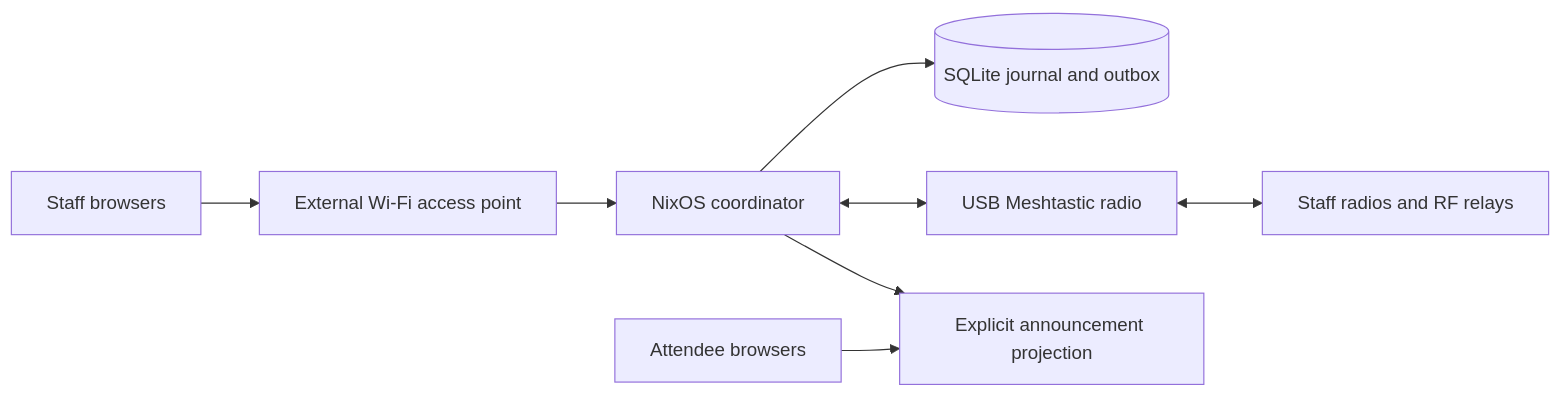
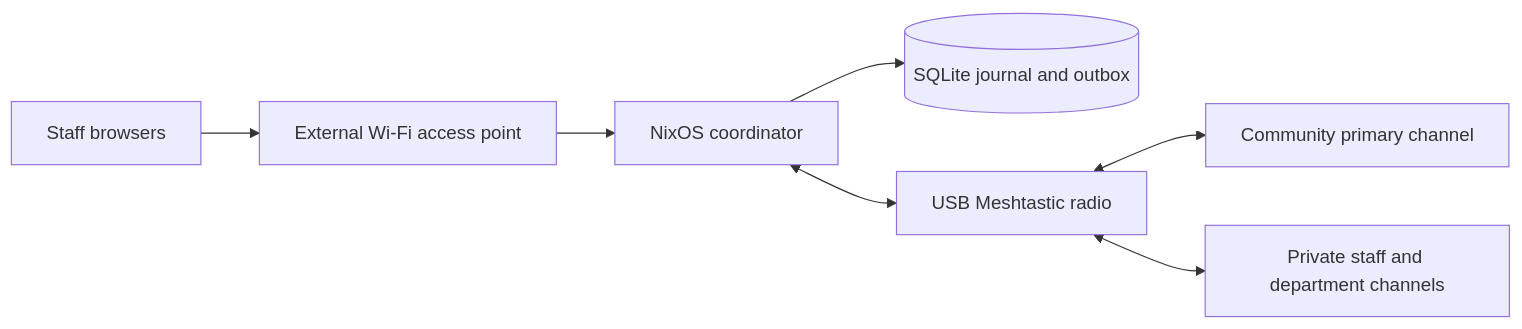
The diagram in docs/roadmap.md (closure-labs/mish), drawn with Mermaid before and after one commit. The commit also changed other lines of this file and 31 other files, not shown here.

First line of the commit message:
Add community and private Meshtastic channel enrollment (#18)

````diff
--- a/docs/roadmap.md
+++ b/docs/roadmap.md
@@ -9,10 +9,9 @@
 ```mermaid
 flowchart LR
   Staff[Staff browsers] --> AP[External Wi-Fi access point]
   AP --> App[NixOS coordinator]
   App --> DB[(SQLite journal and outbox)]
   App <--> USB[USB Meshtastic radio]
-  USB <--> RF[Staff radios and RF relays]
-  App --> Public[Explicit announcement projection]
-  Attendees[Attendee browsers] --> Public
+  USB <--> Community[Community primary channel]
+  USB <--> Private[Private staff and department channels]
 ```
````
